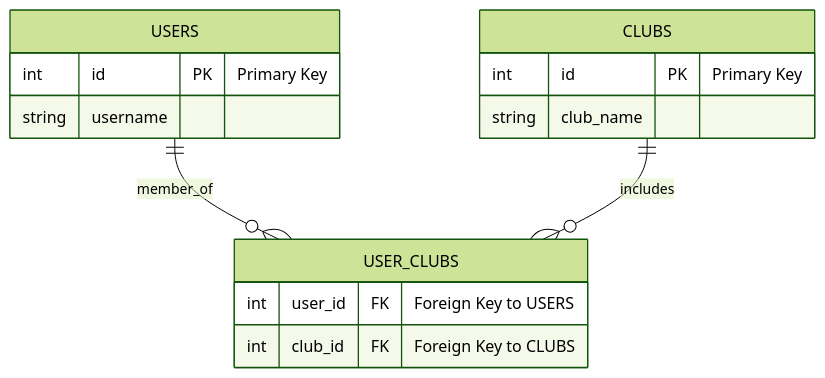
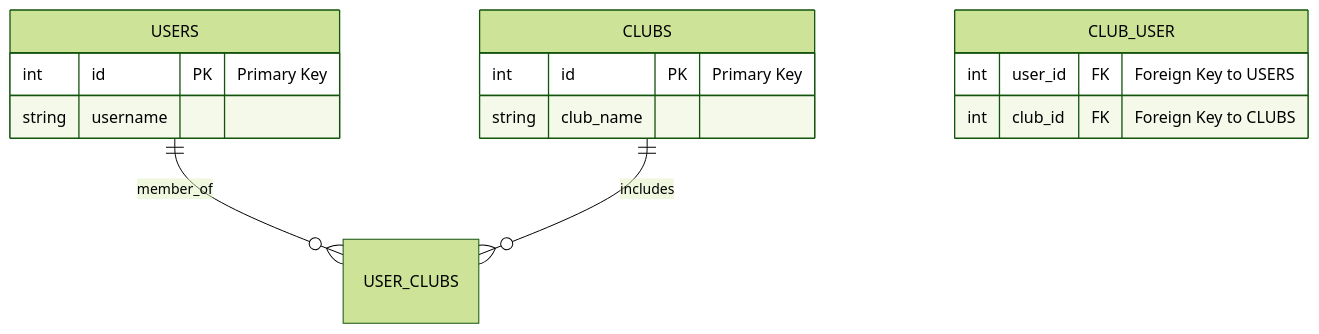
Before and after one commit to hambern/datakurser: the second of 4 diagrams in webbserverprogrammering_1/lektioner/skapa_databaser/README.md, drawn with Mermaid (forest theme). The commit also changed other lines of this file, not shown here.

```diff
--- a/webbserverprogrammering_1/lektioner/skapa_databaser/README.md
+++ b/webbserverprogrammering_1/lektioner/skapa_databaser/README.md
@@ -156,17 +156,17 @@
 ~~~mermaid
 erDiagram
     USERS ||--o{ USER_CLUBS : member_of
     CLUBS ||--o{ USER_CLUBS : includes
     USERS {
         int id PK "Primary Key"
         string username
     }
     CLUBS {
         int id PK "Primary Key"
         string club_name
     }
-    USER_CLUBS {
+    CLUB_USER {
         int user_id FK "Foreign Key to USERS"
         int club_id FK "Foreign Key to CLUBS"
     }
 ~~~
```
